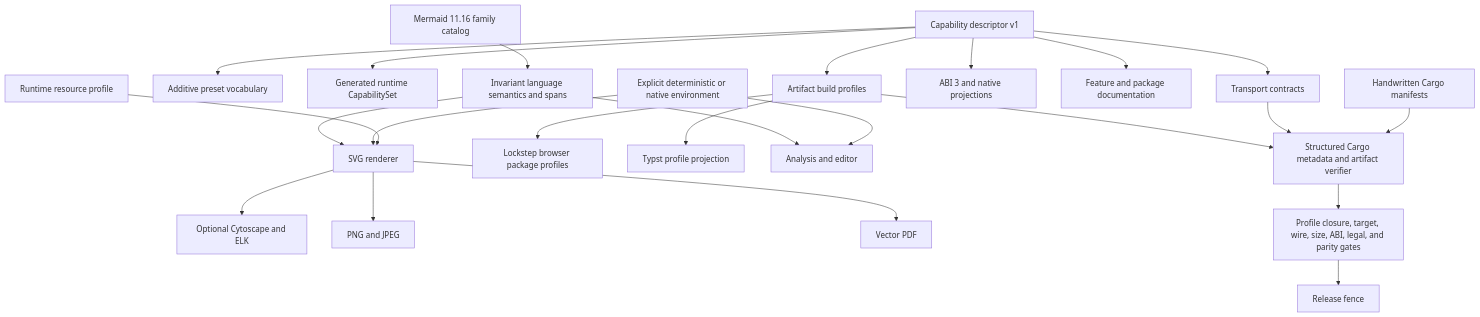
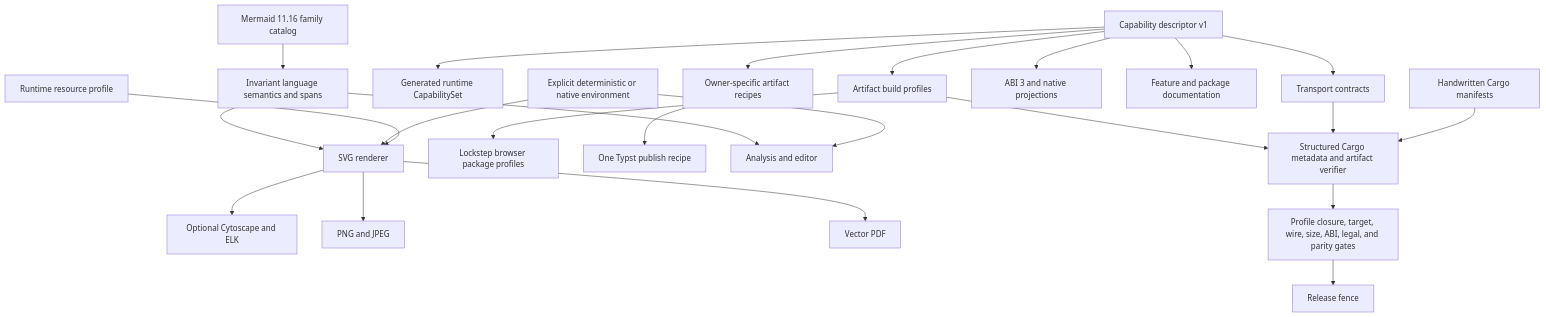
The diagram in docs/plans/2026-07-22-001-refactor-capability-driven-feature-and-distribution-architecture-plan.md (Latias94/merman), drawn with Mermaid before and after one commit. The commit also changed other lines of this file and 999 other files, not shown here.

First line of the commit message:
refactor(architecture)!: make capabilities drive artifacts

````diff
--- a/docs/plans/2026-07-22-001-refactor-capability-driven-feature-and-distribution-architecture-plan.md
+++ b/docs/plans/2026-07-22-001-refactor-capability-driven-feature-and-distribution-architecture-plan.md
@@ -333,25 +317,25 @@
 ```mermaid
 flowchart TB
     Mermaid[Mermaid 11.16 family catalog] --> Language[Invariant language semantics and spans]
-    Capability[Capability descriptor v1] --> Presets[Additive preset vocabulary]
+    Capability[Capability descriptor v1] --> Recipes[Owner-specific artifact recipes]
     Capability --> Runtime[Generated runtime CapabilitySet]
     Capability --> Profiles[Artifact build profiles]
     Capability --> Transports[Transport contracts]
     Profiles --> Verify[Structured Cargo metadata and artifact verifier]
     Transports --> Verify
     Manifests[Handwritten Cargo manifests] --> Verify
     Capability --> Native[ABI 3 and native projections]
     Profiles --> Browser[Lockstep browser package profiles]
-    Profiles --> Typst[Typst profile projection]
+    Recipes --> Typst[One Typst publish recipe]
     Capability --> Docs[Feature and package documentation]
     Language --> Analysis[Analysis and editor]
     Language --> Svg[SVG renderer]
     Svg --> Layouts[Optional Cytoscape and ELK]
     Svg --> Bitmap[PNG and JPEG]
     Svg --> Pdf[Vector PDF]
     Environment[Explicit deterministic or native environment] --> Analysis
     Environment --> Svg
     Resources[Runtime resource profile] --> Svg
     Verify --> Gates[Profile closure, target, wire, size, ABI, legal, and parity gates]
     Gates --> Release[Release fence]
 ```
````
